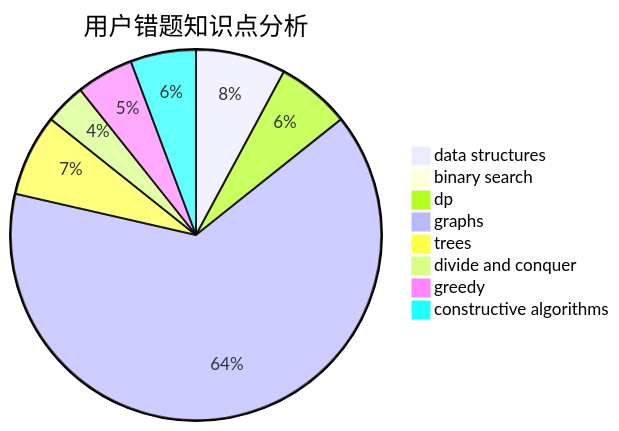
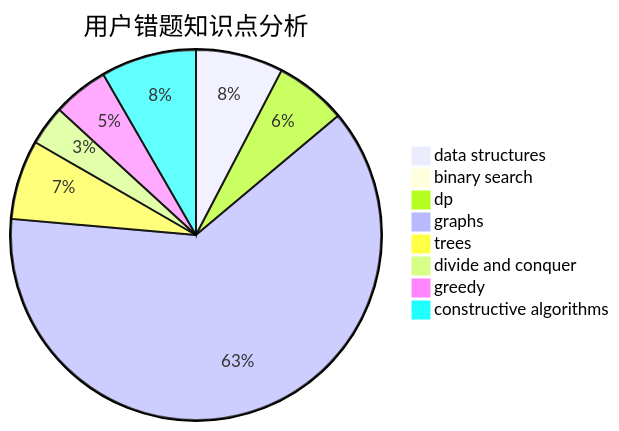
Before and after one commit to sherpahu/cfrs.github.io: the third of 3 diagrams in docs/user/u2379.md, drawn with Mermaid. The commit also changed other lines of this file and 2770 other files, not shown here.

````diff
--- a/docs/user/u2379.md
+++ b/docs/user/u2379.md
@@ -36,11 +36,11 @@
 ```mermaid
 pie title 用户错题知识点分析
     "data structures" :  11
     "binary search" :  0
     "dp" :  9
     "graphs" :  90
     "trees" :  10
     "divide and conquer" :  5
     "greedy" :  7
-    "constructive algorithms" :  8
+    "constructive algorithms" :  12
 ```
````
